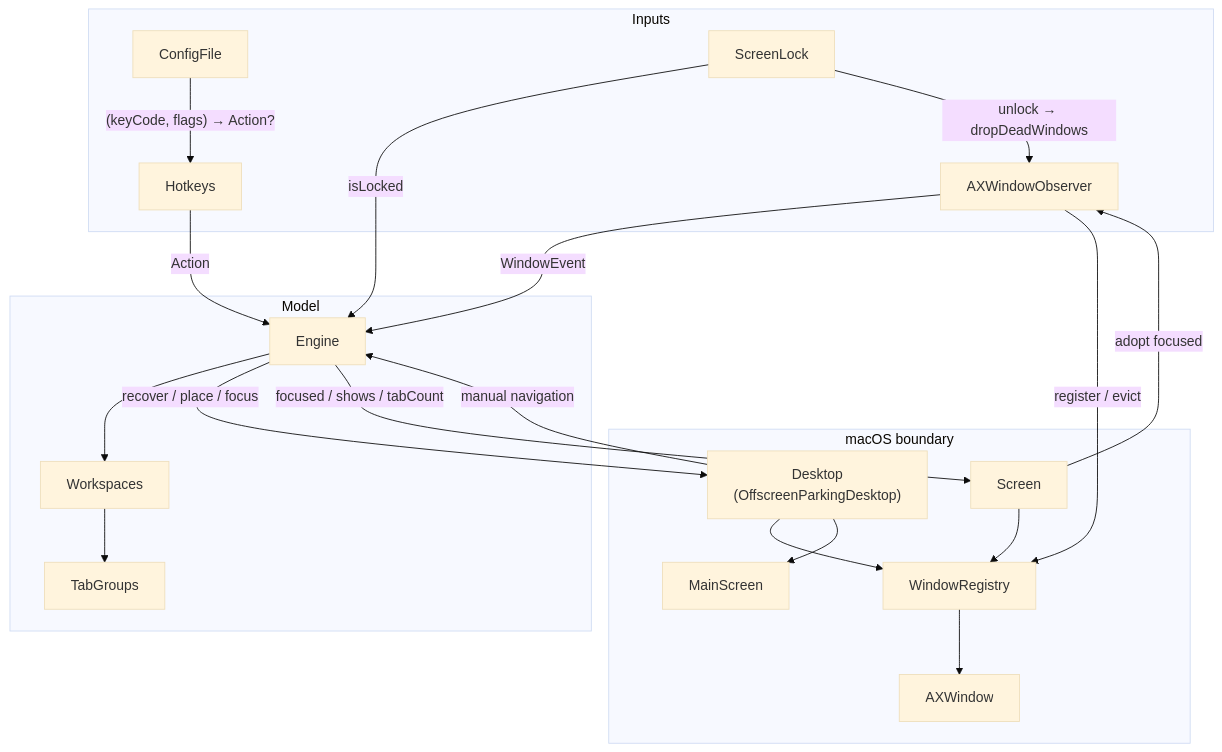
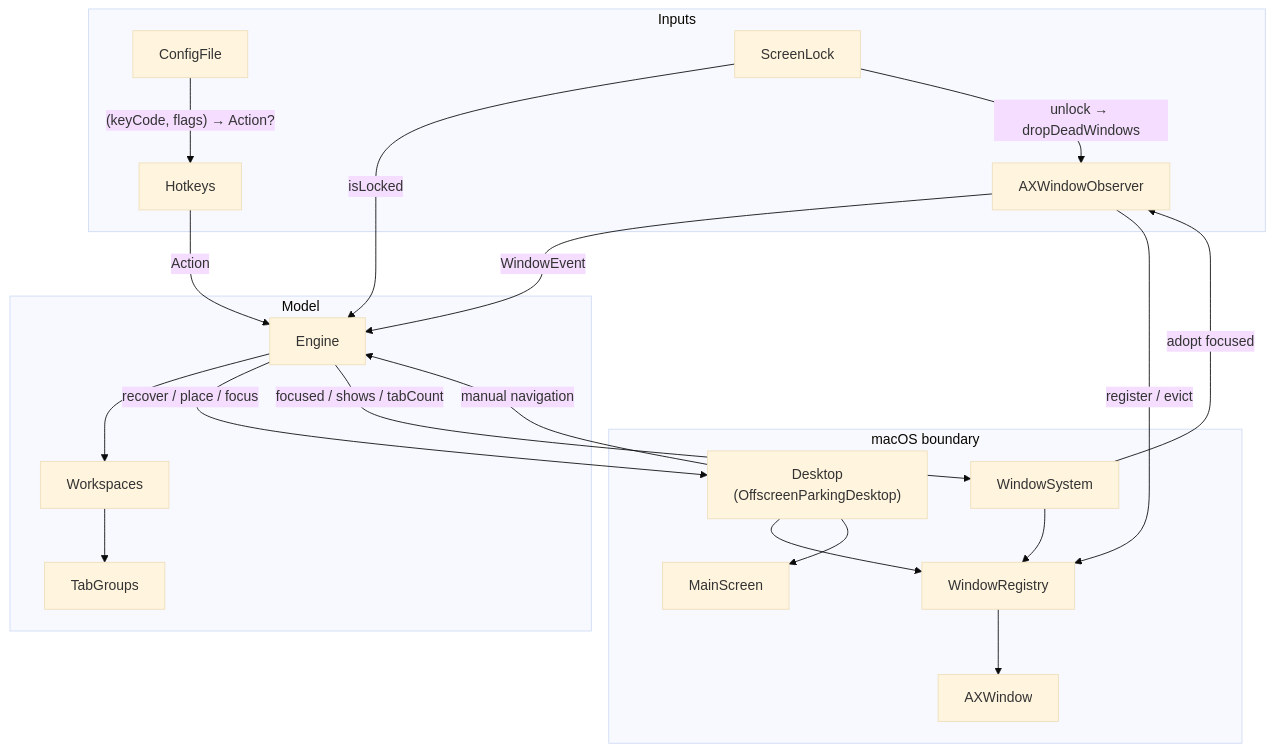
The first of 4 diagrams in ARCHITECTURE.md (brennovich/ottowm), drawn with Mermaid (base theme) before and after one commit. The commit also changed other lines of this file and 30 other files, not shown here.

````diff
--- a/ARCHITECTURE.md
+++ b/ARCHITECTURE.md
@@ -23,40 +23,40 @@
 ```mermaid
 flowchart TB
     subgraph inputs[Inputs]
         AXWindowObserver
         Hotkeys
         ConfigFile
         ScreenLock
     end
 
     subgraph model[Model]
         Engine
         Workspaces
         TabGroups
     end
 
     subgraph os[macOS boundary]
         Desktop["Desktop<br/>(OffscreenParkingDesktop)"]
-        Screen
+        WindowSystem
         WindowRegistry
         AXWindow
         MainScreen
     end
 
     AXWindowObserver -->|WindowEvent| Engine
     ConfigFile -->|"(keyCode, flags) → Action?"| Hotkeys
     Hotkeys -->|Action| Engine
     ScreenLock -->|isLocked| Engine
     ScreenLock -->|unlock → dropDeadWindows| AXWindowObserver
     Engine --> Workspaces
     Workspaces --> TabGroups
     Engine -->|recover / place / focus| Desktop
-    Engine -->|focused / shows / tabCount| Screen
+    Engine -->|focused / shows / tabCount| WindowSystem
     Desktop -->|manual navigation| Engine
     AXWindowObserver -->|register / evict| WindowRegistry
     Desktop --> WindowRegistry
     Desktop --> MainScreen
-    Screen --> WindowRegistry
-    Screen -->|adopt focused| AXWindowObserver
+    WindowSystem --> WindowRegistry
+    WindowSystem -->|adopt focused| AXWindowObserver
     WindowRegistry --> AXWindow
 ```
````
